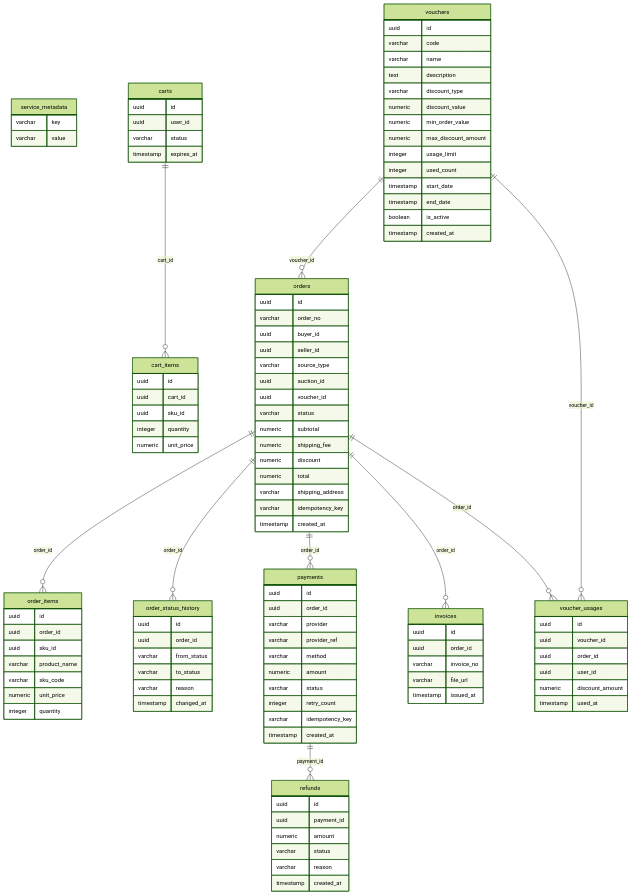
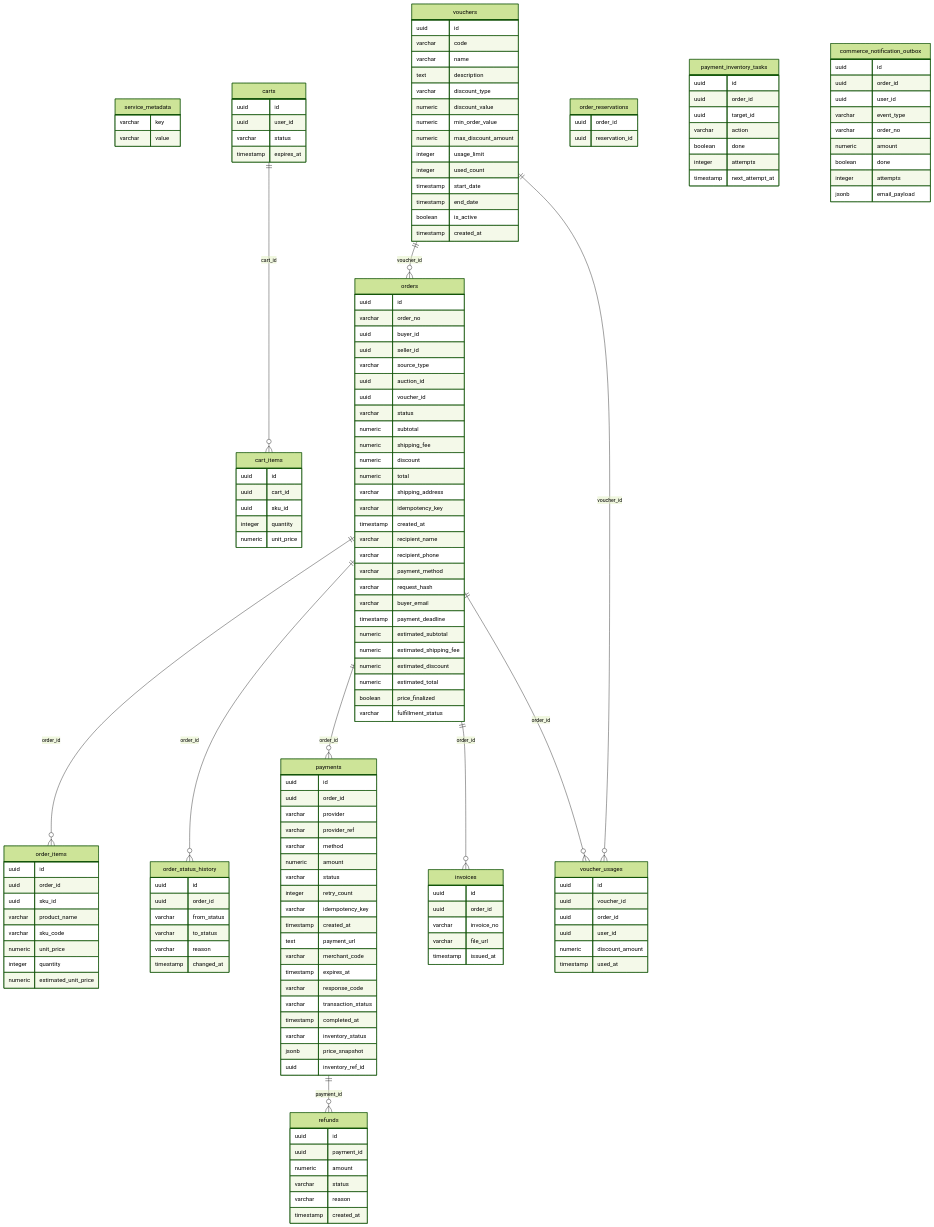
One commit to harry-leon/e-commerce-auction changed the third of 7 diagrams in docs/database/ERD.md. Above: the diagram before and after it, drawn with Mermaid (forest theme). The commit also changed other lines of this file and 99 other files, not shown here.

Commit message:
feat(catalog,fulfillment): decouple catalog skuId and fulfillment skuCode (HG-S2-6)

```diff
--- a/docs/database/ERD.md
+++ b/docs/database/ERD.md
@@ -143,6 +169,18 @@
     varchar shipping_address
     varchar idempotency_key
     timestamp created_at
+    varchar recipient_name
+    varchar recipient_phone
+    varchar payment_method
+    varchar request_hash
+    varchar buyer_email
+    timestamp payment_deadline
+    numeric estimated_subtotal
+    numeric estimated_shipping_fee
+    numeric estimated_discount
+    numeric estimated_total
+    boolean price_finalized
+    varchar fulfillment_status
   }
   order_items {
     uuid id
@@ -152,6 +190,7 @@
     varchar sku_code
     numeric unit_price
     integer quantity
+    numeric estimated_unit_price
   }
   order_status_history {
     uuid id
@@ -172,6 +211,15 @@
     integer retry_count
     varchar idempotency_key
     timestamp created_at
+    text payment_url
+    varchar merchant_code
+    timestamp expires_at
+    varchar response_code
+    varchar transaction_status
+    timestamp completed_at
+    varchar inventory_status
+    jsonb price_snapshot
+    uuid inventory_ref_id
   }
   refunds {
     uuid id
@@ -196,6 +244,30 @@
     numeric discount_amount
     timestamp used_at
   }
+  order_reservations {
+    uuid order_id
+    uuid reservation_id
+  }
+  payment_inventory_tasks {
+    uuid id
+    uuid order_id
+    uuid target_id
+    varchar action
+    boolean done
+    integer attempts
+    timestamp next_attempt_at
+  }
+  commerce_notification_outbox {
+    uuid id
+    uuid order_id
+    uuid user_id
+    varchar event_type
+    varchar order_no
+    numeric amount
+    boolean done
+    integer attempts
+    jsonb email_payload
+  }
   carts ||--o{ cart_items : cart_id
   vouchers ||--o{ orders : voucher_id
   orders ||--o{ order_items : order_id
```
